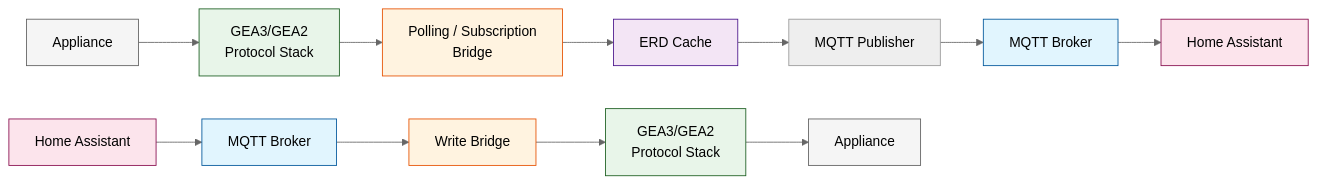
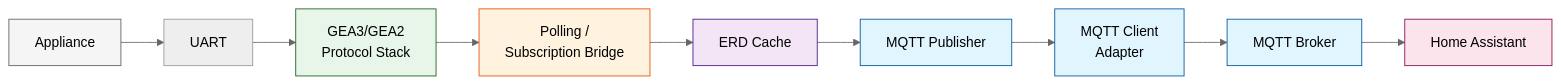
Before and after one commit to eddietheengineer/home-assistant-bridge-esphome: the third of 4 diagrams in doc/architecture.md, drawn with Mermaid (neutral theme). The commit also changed other lines of this file, not shown here.

First line of the commit message:
docs: add comprehensive architecture document

````diff
--- a/doc/architecture.md
+++ b/doc/architecture.md
@@ -142,28 +470,25 @@
 ```mermaid
 graph LR
-    APPLIANCE["Appliance"] --> GEA3["GEA3/GEA2<br/>Protocol Stack"]
-    GEA3 --> BRIDGES["Polling / Subscription<br/>Bridge"]
+    APPLIANCE["Appliance"] --> UART["UART"]
+    UART --> PROTOCOL["GEA3/GEA2<br/>Protocol Stack"]
+    PROTOCOL --> BRIDGES["Polling /<br/>Subscription Bridge"]
     BRIDGES --> CACHE["ERD Cache"]
     CACHE --> PUB["MQTT Publisher"]
-    PUB --> MQTT["MQTT Broker"]
-    MQTT --> HA["Home Assistant"]
-
-    HA2["Home Assistant"] --> MQTT2["MQTT Broker"]
-    MQTT2 --> WRITE["Write Bridge"]
-    WRITE --> GEA32["GEA3/GEA2<br/>Protocol Stack"]
-    GEA32 --> APPLIANCE2["Appliance"]
+    PUB --> MQTT["MQTT Client<br/>Adapter"]
+    MQTT --> BROKER["MQTT Broker"]
+    BROKER --> HA["Home Assistant"]
 
     classDef appliance fill:#f5f5f5,stroke:#616161
     classDef protocol fill:#e8f5e9,stroke:#1b5e20
     classDef bridge fill:#fff3e0,stroke:#e65100
     classDef cache fill:#f3e5f5,stroke:#4a148c
     classDef mqtt fill:#e1f5fe,stroke:#01579b
     classDef ha fill:#fce4ec,stroke:#880e4f
 
-    class APPLIANCE,APPLIANCE2 appliance
-    class GEA3,GEA32 protocol
-    class BRIDGES,WRITE bridge
+    class APPLIANCE appliance
+    class PROTOCOL protocol
+    class BRIDGES bridge
     class CACHE cache
-    class MQTT,MQTT2 mqtt
-    class HA,HA2 ha
+    class MQTT,PUB,BROKER mqtt
+    class HA ha
 ```
````
